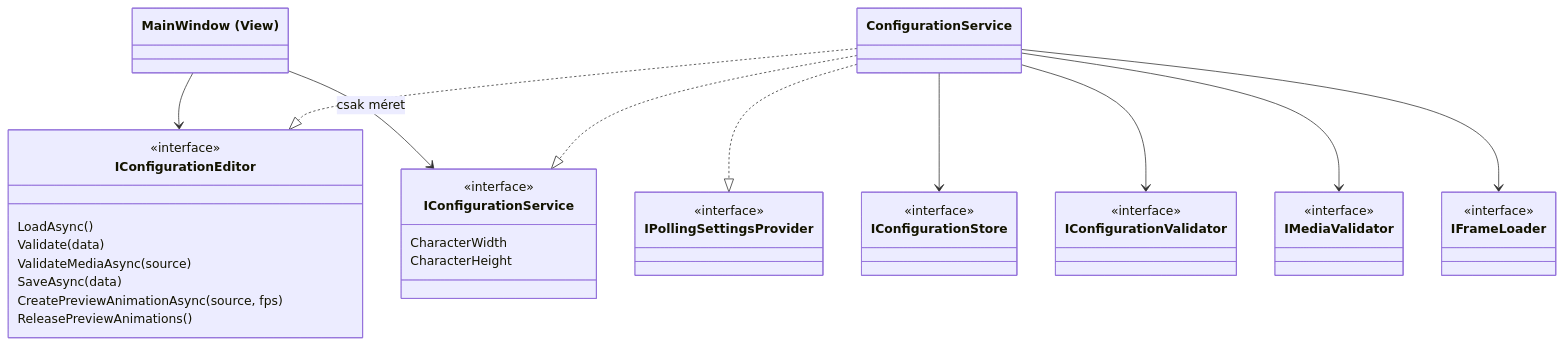
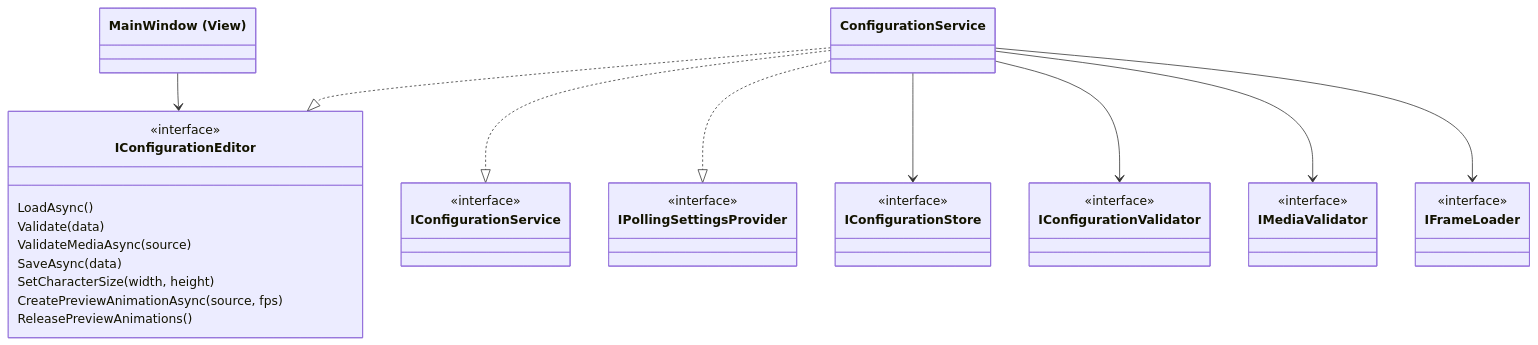
One commit to Keny3r/MonkeyStack_Szoftverarchitekturak_Hazi changed the second of 2 diagrams in docs/configuration_engine/gui.md. Above: the diagram before and after it, drawn with Mermaid. The commit also changed other lines of this file and 1 other file, not shown here.

First line of the commit message:
add IConfigurationEditor facade for the configuration window

````diff
--- a/docs/configuration_engine/gui.md
+++ b/docs/configuration_engine/gui.md
@@ -335,44 +332,42 @@
 ```mermaid
 classDiagram
     class MainWindow["MainWindow (View)"]
     class IConfigurationEditor {
         <<interface>>
         LoadAsync()
         Validate(data)
         ValidateMediaAsync(source)
         SaveAsync(data)
+        SetCharacterSize(width, height)
         CreatePreviewAnimationAsync(source, fps)
         ReleasePreviewAnimations()
     }
     class IConfigurationService {
         <<interface>>
-        CharacterWidth
-        CharacterHeight
     }
     class IPollingSettingsProvider {
         <<interface>>
     }
     class ConfigurationService
     class IConfigurationStore {
         <<interface>>
     }
     class IConfigurationValidator {
         <<interface>>
     }
     class IMediaValidator {
         <<interface>>
     }
     class IFrameLoader {
         <<interface>>
     }
 
     MainWindow --> IConfigurationEditor
-    MainWindow --> IConfigurationService : csak méret
     ConfigurationService ..|> IConfigurationEditor
     ConfigurationService ..|> IConfigurationService
     ConfigurationService ..|> IPollingSettingsProvider
     ConfigurationService --> IConfigurationStore
     ConfigurationService --> IConfigurationValidator
     ConfigurationService --> IMediaValidator
     ConfigurationService --> IFrameLoader
 ```
````
